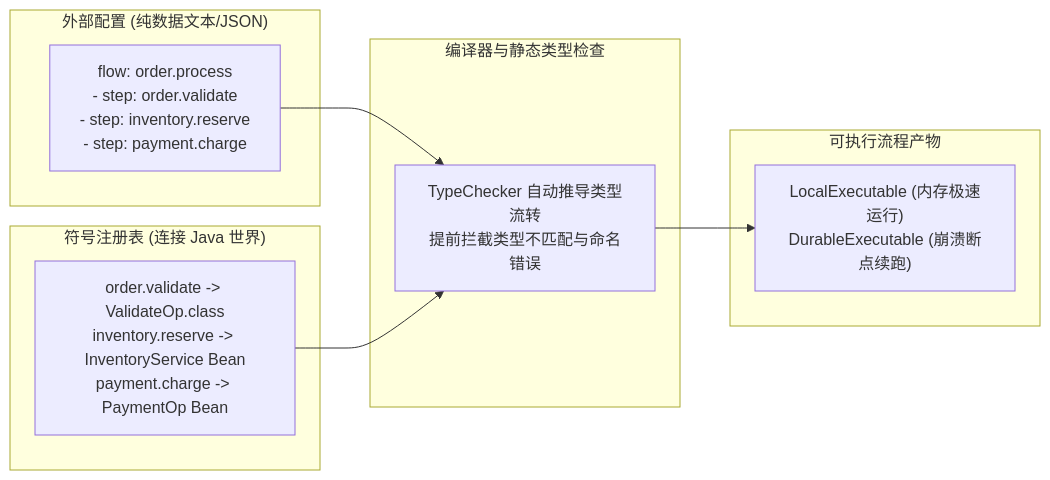
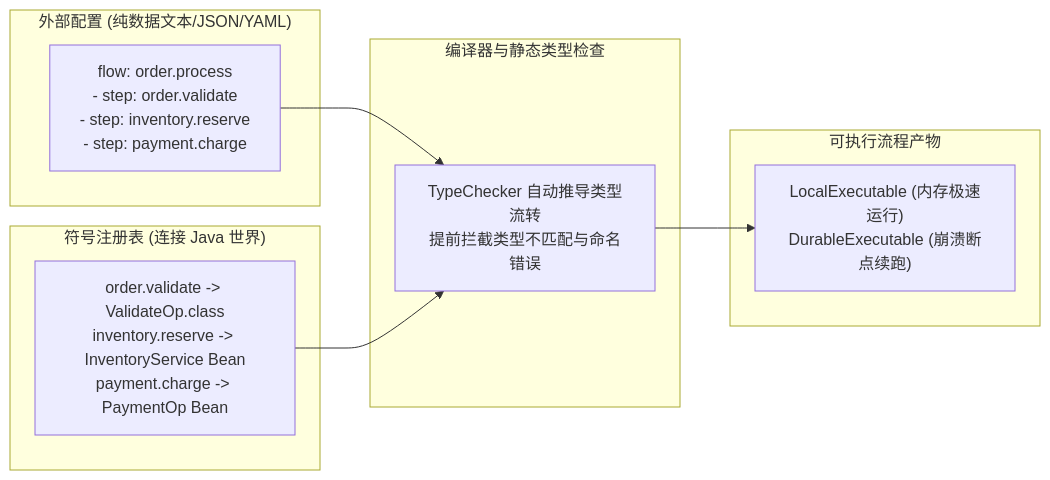
Before and after one commit to team4u/team4u-framework: the first of 4 diagrams in docs/flow/flow-definition.md, drawn with Mermaid. The commit also changed other lines of this file and 9 other files, not shown here.

Commit message:
feat(flow): introduce FlowDefinitionReader SPI and FlowDslEngine facade separation

````diff
--- a/docs/flow/flow-definition.md
+++ b/docs/flow/flow-definition.md
@@ -29,22 +29,22 @@
 ```mermaid
 graph LR
-    subgraph "外部配置 (纯数据文本/JSON)"
+    subgraph "外部配置 (纯数据文本/JSON/YAML)"
         CFG["flow: order.process<br/>- step: order.validate<br/>- step: inventory.reserve<br/>- step: payment.charge"]
     end
 
     subgraph "符号注册表 (连接 Java 世界)"
         REG["order.validate -> ValidateOp.class<br/>inventory.reserve -> InventoryService Bean<br/>payment.charge -> PaymentOp Bean"]
     end
 
     subgraph "编译器与静态类型检查"
         CHECK["TypeChecker 自动推导类型流转<br/>提前拦截类型不匹配与命名错误"]
     end
 
     subgraph "可执行流程产物"
         EXEC["LocalExecutable (内存极速运行)<br/>DurableExecutable (崩溃断点续跑)"]
     end
 
     CFG --> CHECK
     REG --> CHECK
     CHECK --> EXEC
 ```
````
